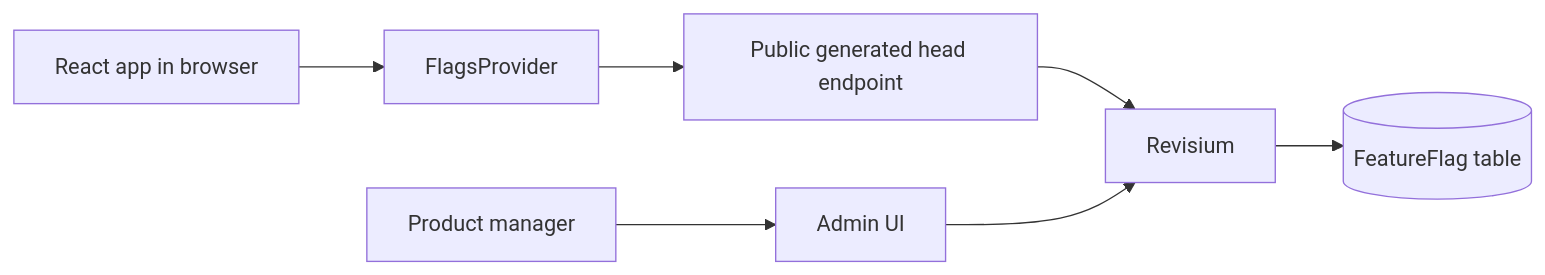
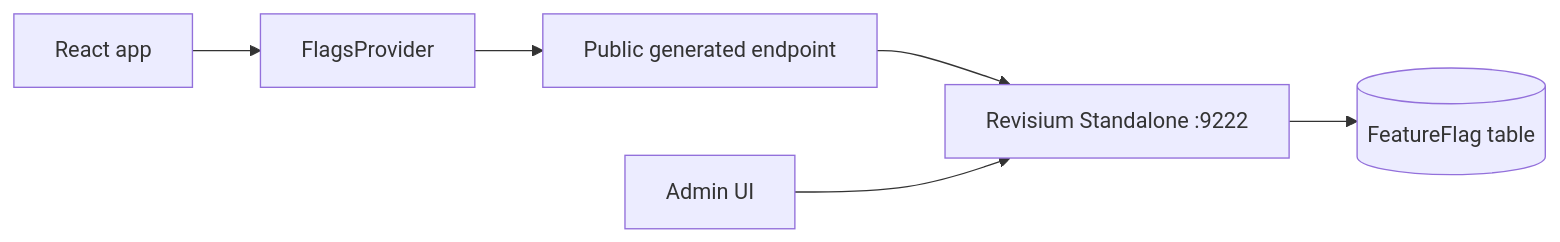
Before and after one commit to revisium/revisium-examples: the diagram in apps/react-feature-flags/README.md, drawn with Mermaid. The commit also changed other lines of this file and 63 other files, not shown here.

````diff
--- a/apps/react-feature-flags/README.md
+++ b/apps/react-feature-flags/README.md
@@ -25,9 +46,8 @@
 ```mermaid
 flowchart LR
-  Browser[React app in browser] --> FlagsProvider[FlagsProvider]
-  FlagsProvider --> PublicEndpoint[Public generated head endpoint]
-  PublicEndpoint --> Revisium[Revisium]
+  Browser[React app] --> Provider[FlagsProvider]
+  Provider --> Endpoint[Public generated endpoint]
+  Endpoint --> Revisium[Revisium Standalone :9222]
+  Editor[Admin UI] --> Revisium
   Revisium --> FeatureFlag[(FeatureFlag table)]
-  Editor[Product manager] --> Admin[Admin UI]
-  Admin --> Revisium
 ```
````
